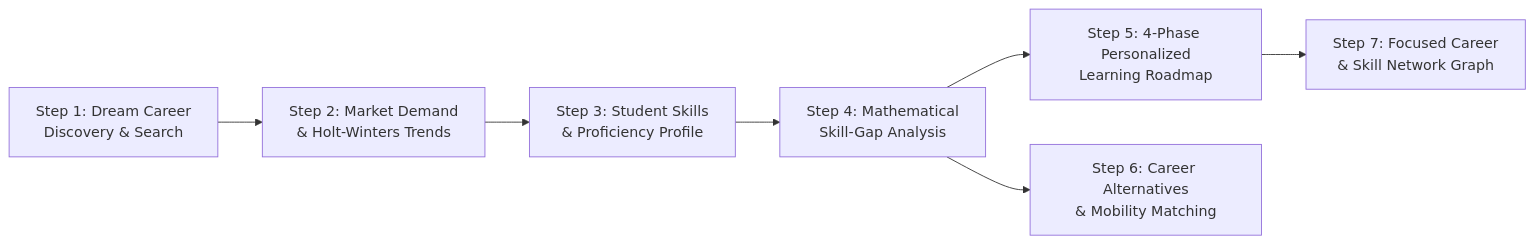
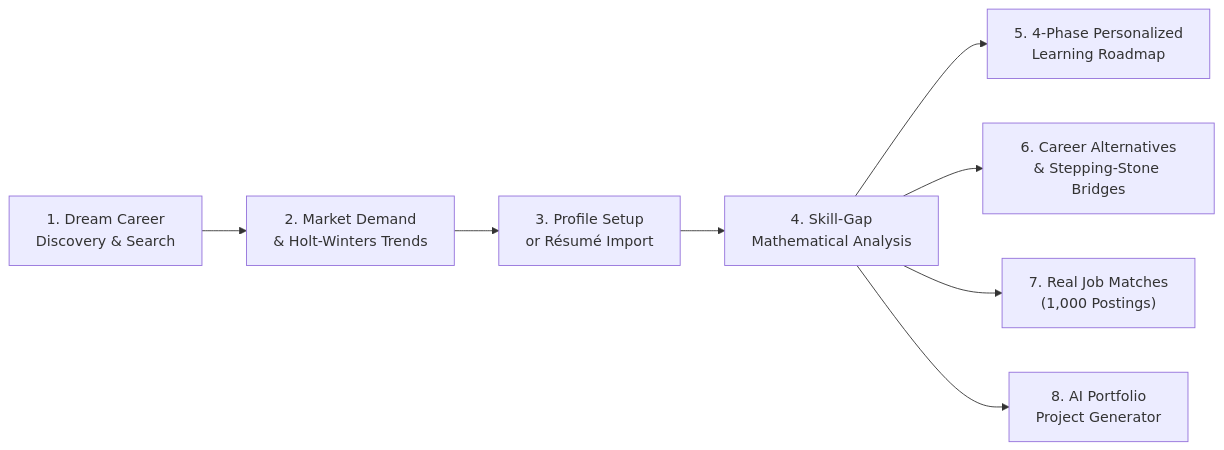
Before and after one commit to palakchandak261/SkillGraph-AI: the diagram in README.md, drawn with Mermaid. The commit also changed other lines of this file and 25 other files, not shown here.

Commit message:
feat: complete innovative AI career intelligence platform with opportunity matcher, future radar, simulator, transferable skills, portfolio generator, modular data providers, and full docs

````diff
--- a/README.md
+++ b/README.md
@@ -35,9 +61,10 @@
 ```mermaid
 flowchart LR
-    A["Step 1: Dream Career<br/>Discovery & Search"] --> B["Step 2: Market Demand<br/>& Holt-Winters Trends"]
-    B --> C["Step 3: Student Skills<br/>& Proficiency Profile"]
-    C --> D["Step 4: Mathematical<br/>Skill-Gap Analysis"]
-    D --> E["Step 5: 4-Phase Personalized<br/>Learning Roadmap"]
-    D --> F["Step 6: Career Alternatives<br/>& Mobility Matching"]
-    E --> G["Step 7: Focused Career<br/>& Skill Network Graph"]
+    A["1. Dream Career<br/>Discovery & Search"] --> B["2. Market Demand<br/>& Holt-Winters Trends"]
+    B --> C["3. Profile Setup<br/>or Résumé Import"]
+    C --> D["4. Skill-Gap<br/>Mathematical Analysis"]
+    D --> E["5. 4-Phase Personalized<br/>Learning Roadmap"]
+    D --> F["6. Career Alternatives<br/>& Stepping-Stone Bridges"]
+    D --> G["7. Real Job Matches<br/>(1,000 Postings)"]
+    D --> H["8. AI Portfolio<br/>Project Generator"]
 ```
````
